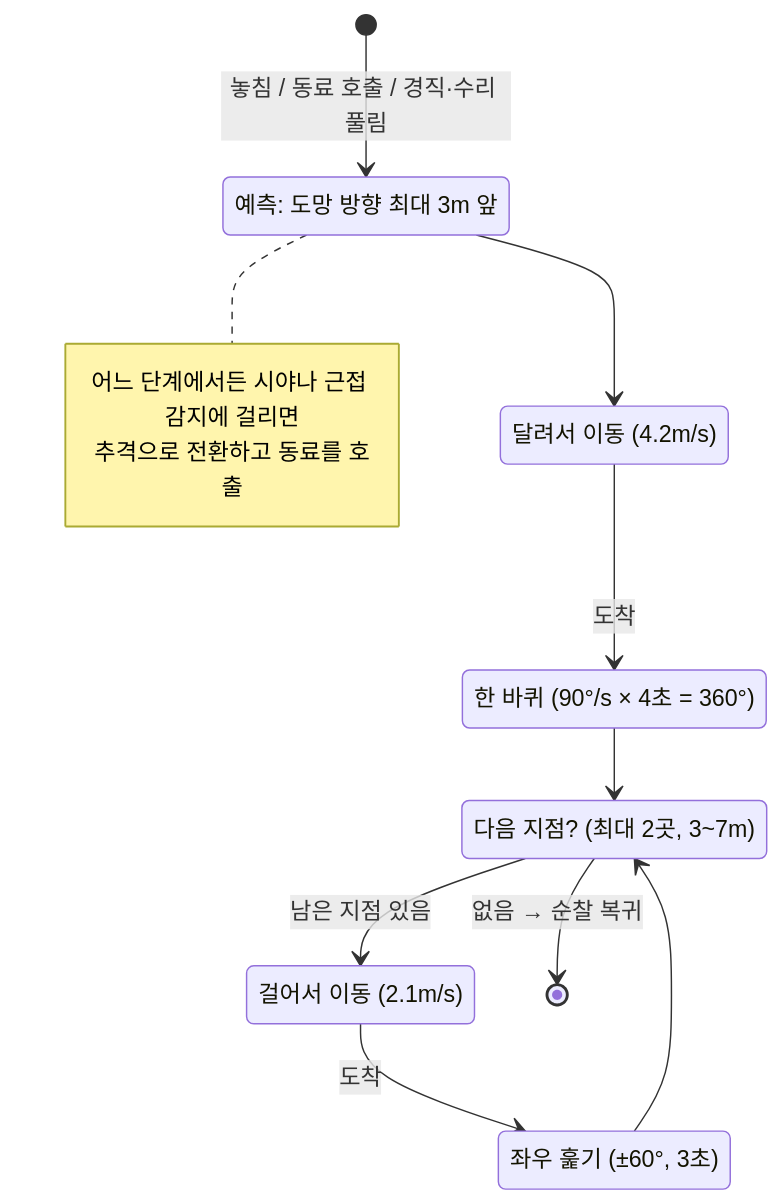
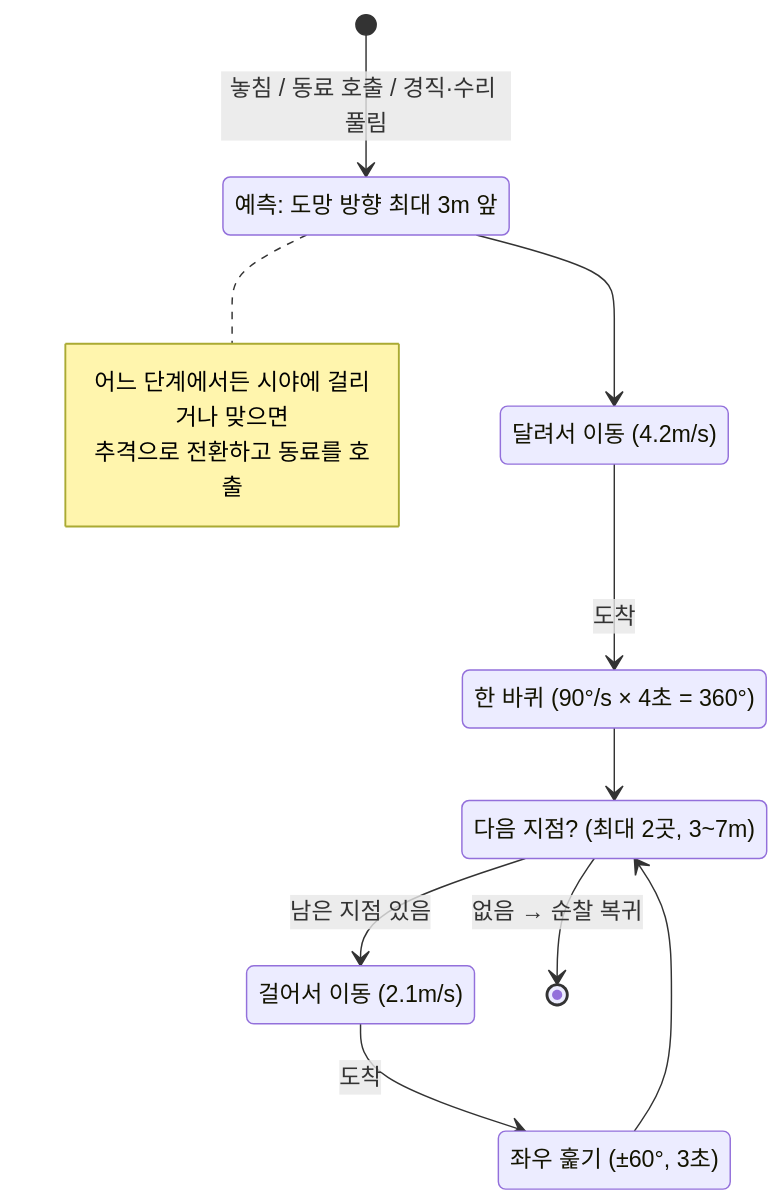
The sixth of 6 diagrams in Server/docs/경비원AI_공격탐색_개선안.md (zkssk0812/unreal_multi_game_project), drawn with Mermaid before and after one commit. The commit also changed other lines of this file, not shown here.

````diff
--- a/Server/docs/경비원AI_공격탐색_개선안.md
+++ b/Server/docs/경비원AI_공격탐색_개선안.md
@@ -291,21 +326,21 @@
 ```mermaid
 stateDiagram-v2
     state "예측: 도망 방향 최대 3m 앞" as Predict
     state "달려서 이동 (4.2m/s)" as Run
     state "한 바퀴 (90°/s × 4초 = 360°)" as Spin
     state "다음 지점? (최대 2곳, 3~7m)" as Next
     state "걸어서 이동 (2.1m/s)" as Walk
     state "좌우 훑기 (±60°, 3초)" as Sweep
     [*] --> Predict: 놓침 / 동료 호출 / 경직·수리 풀림
     Predict --> Run
     Run --> Spin: 도착
     Spin --> Next
     Next --> Walk: 남은 지점 있음
     Walk --> Sweep: 도착
     Sweep --> Next
     Next --> [*]: 없음 → 순찰 복귀
     note right of Predict
-        어느 단계에서든 시야나 근접 감지에 걸리면
+        어느 단계에서든 시야에 걸리거나 맞으면
         추격으로 전환하고 동료를 호출
     end note
 ```
````
